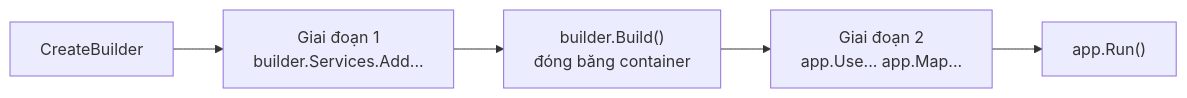
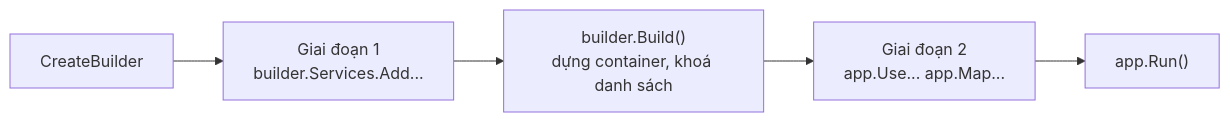
One commit to TienNHM/dotnet-course changed the diagram in lessons/stage-02-csharp-professional/module-07-dependency-injection/7.6-program-cs-and-webapplicationbuilder.md. Above: the diagram before and after it, drawn with Mermaid. The commit also changed other lines of this file and 27 other files, not shown here.

````diff
--- a/lessons/stage-02-csharp-professional/module-07-dependency-injection/7.6-program-cs-and-webapplicationbuilder.md
+++ b/lessons/stage-02-csharp-professional/module-07-dependency-injection/7.6-program-cs-and-webapplicationbuilder.md
@@ -41,7 +44,7 @@
 ```mermaid
 flowchart LR
     A[CreateBuilder] --> B["Giai đoạn 1<br/>builder.Services.Add..."]
-    B --> C["builder.Build()<br/>đóng băng container"]
+    B --> C["builder.Build()<br/>dựng container, khoá danh sách"]
     C --> D["Giai đoạn 2<br/>app.Use... app.Map..."]
     D --> E["app.Run()"]
 ```
````
